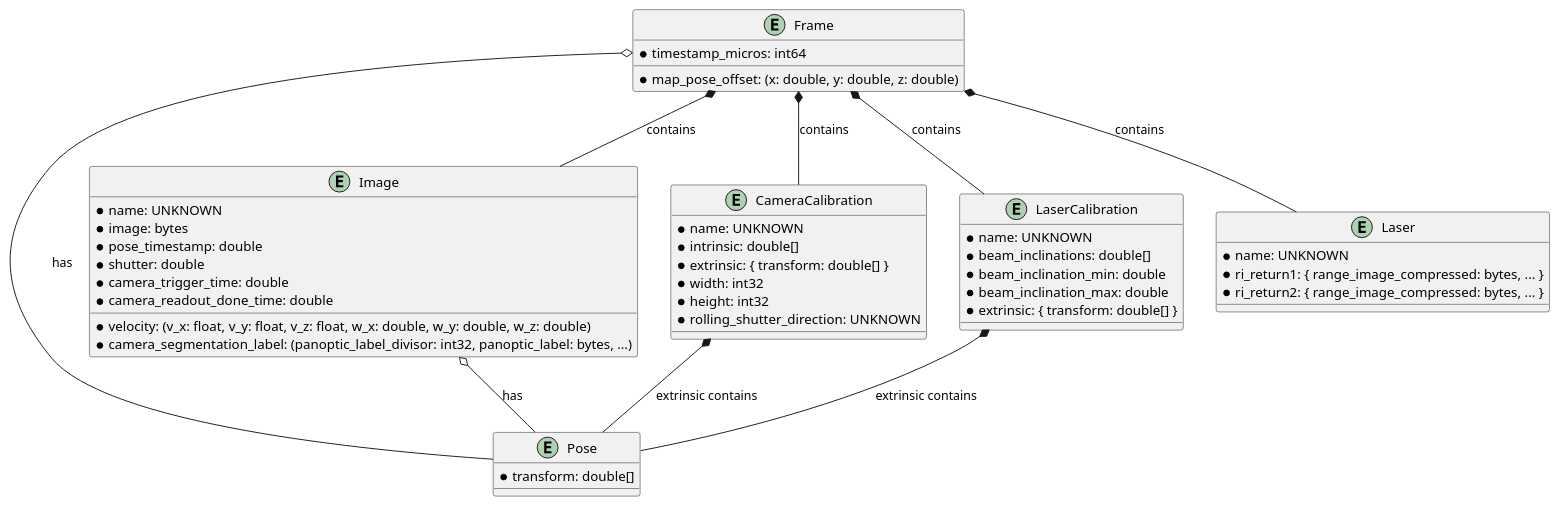
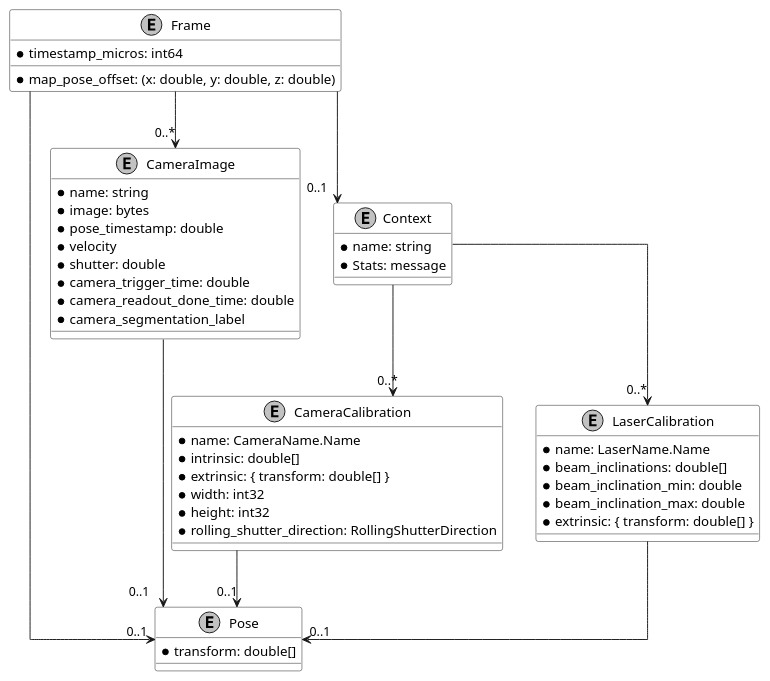
Before and after one commit to RodrigoIglesia/TFM_Landmark_Based_Localization: the diagram in uml/message_taxonomy/frame_data_model.puml, drawn with PlantUML. The commit also changed 25 other files, not shown here.

```diff
--- a/uml/message_taxonomy/frame_data_model.puml
+++ b/uml/message_taxonomy/frame_data_model.puml
@@ -1,56 +1,57 @@
 @startuml
+skinparam linetype ortho
+skinparam monochrome true
+skinparam classBackgroundColor white
 
 entity Frame {
     * timestamp_micros: int64
     * map_pose_offset: (x: double, y: double, z: double)
 }
 
 entity Pose {
     * transform: double[]
 }
 
-entity Image {
-    * name: UNKNOWN
+entity CameraImage {
+    * name: string
     * image: bytes
     * pose_timestamp: double
-    * velocity: (v_x: float, v_y: float, v_z: float, w_x: double, w_y: double, w_z: double)
+    * velocity
     * shutter: double
     * camera_trigger_time: double
     * camera_readout_done_time: double
-    * camera_segmentation_label: (panoptic_label_divisor: int32, panoptic_label: bytes, ...)
+    * camera_segmentation_label
 }
 
 entity CameraCalibration {
-    * name: UNKNOWN
+    * name: CameraName.Name
     * intrinsic: double[]
     * extrinsic: { transform: double[] }
     * width: int32
     * height: int32
-    * rolling_shutter_direction: UNKNOWN
+    * rolling_shutter_direction: RollingShutterDirection
 }
 
 entity LaserCalibration {
-    * name: UNKNOWN
+    * name: LaserName.Name
     * beam_inclinations: double[]
     * beam_inclination_min: double
     * beam_inclination_max: double
     * extrinsic: { transform: double[] }
 }
 
-entity Laser {
-    * name: UNKNOWN
-    * ri_return1: { range_image_compressed: bytes, ... }
-    * ri_return2: { range_image_compressed: bytes, ... }
+entity Context {
+    * name: string
+    * Stats: message
 }
 
-' Define relationships with aggregation and composition
-Frame o-- Pose : "has"
-Frame *-- Image : "contains"
-Frame *-- CameraCalibration : "contains"
-Frame *-- LaserCalibration : "contains"
-Frame *-- Laser : "contains"
-Image o-- Pose : "has"
-CameraCalibration *-- Pose : "extrinsic contains"
-LaserCalibration *-- Pose : "extrinsic contains"
 
+Frame --> "0..1" Pose
+Frame --> "0..1" Context
+Frame --> "0..*" CameraImage
+CameraImage --> "0..1" Pose
+Context --> "0..*" CameraCalibration
+Context --> "0..*" LaserCalibration
+CameraCalibration --> "0..1" Pose
+LaserCalibration --> "0..1" Pose
 @enduml
```
